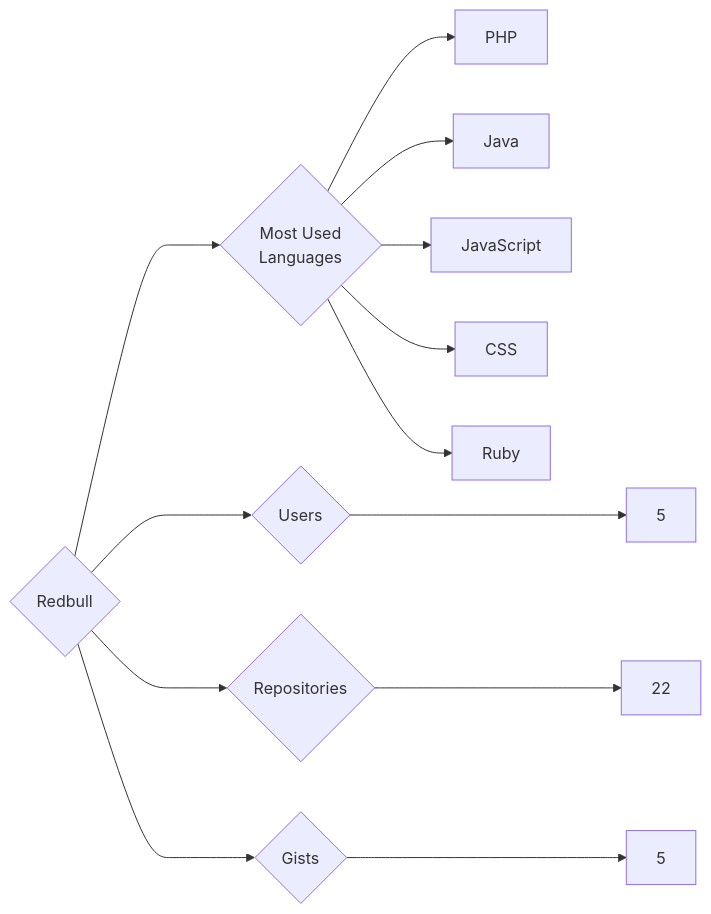
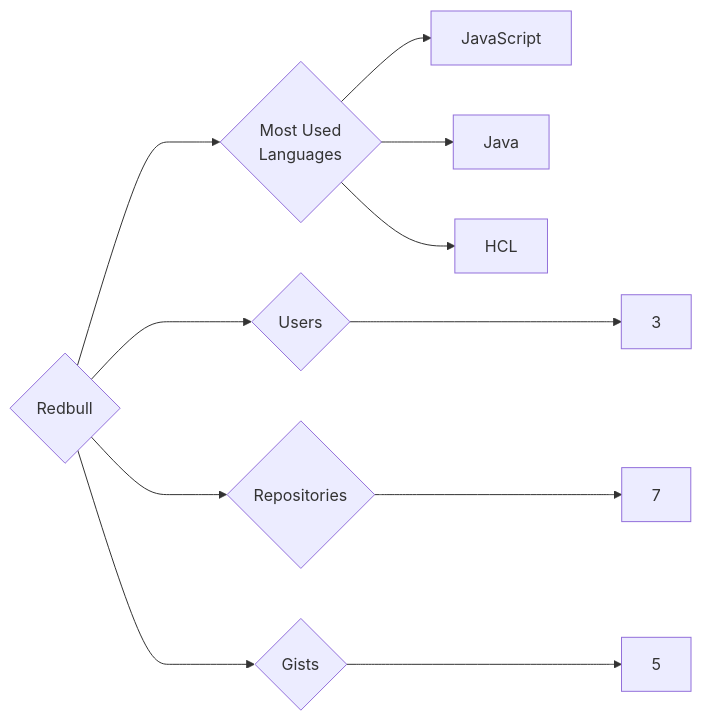
Before and after one commit to trickest/insiders: the diagram in targets/Redbull/README.md, drawn with Mermaid. The commit also changed 851 other files, not shown here.

````diff
--- a/targets/Redbull/README.md
+++ b/targets/Redbull/README.md
@@ -3,13 +3,11 @@
 ```mermaid
 graph LR
 COMPANY_NAME{Redbull}
-COMPANY_NAME ---> U{Users} ---> UN[5]
-COMPANY_NAME ---> R{Repositories} ---> RN[22]
+COMPANY_NAME ---> U{Users} ---> UN[3]
+COMPANY_NAME ---> R{Repositories} ---> RN[7]
 COMPANY_NAME ---> G{Gists} ---> GN[5]
 COMPANY_NAME ---> ML{Most Used<br>Languages}
-ML --> PHP[PHP]
+ML --> JavaScript[JavaScript]
 ML --> Java[Java]
-ML --> JavaScript[JavaScript]
-ML --> CSS[CSS]
-ML --> Ruby[Ruby]
+ML --> HCL[HCL]
 ```
````
